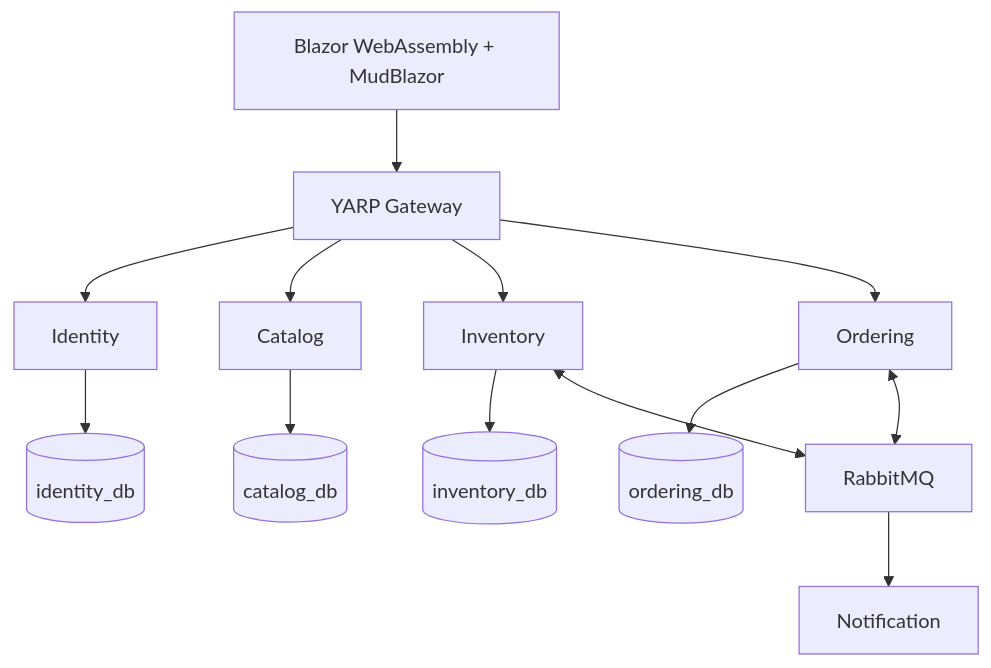
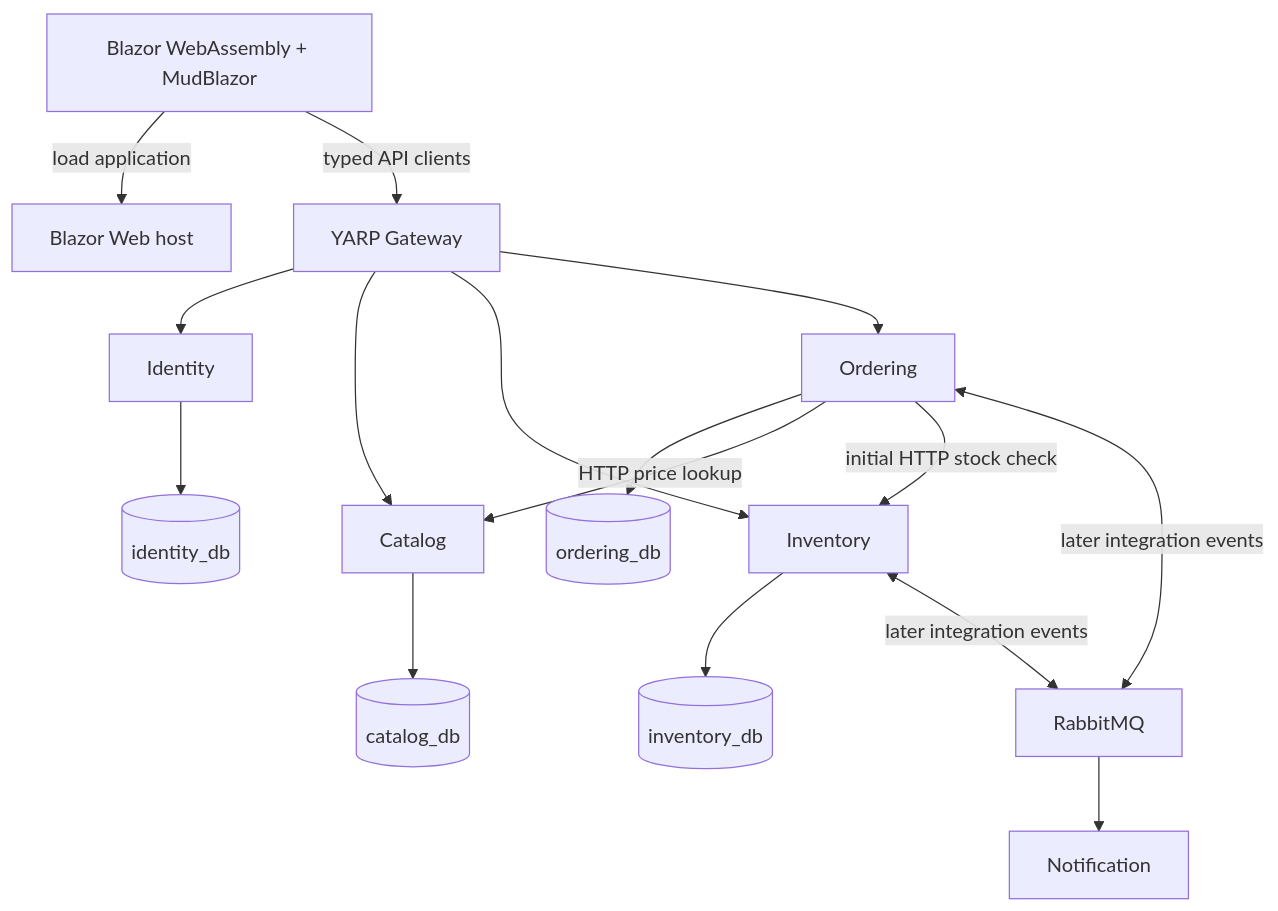
Before and after one commit to waqasahmad31/MicroShop: the diagram in README.md, drawn with Mermaid. The commit also changed other lines of this file and 88 other files, not shown here.

````diff
--- a/README.md
+++ b/README.md
@@ -6,15 +12,18 @@
 ```mermaid
 flowchart TD
-    Browser[Blazor WebAssembly + MudBlazor] --> Gateway[YARP Gateway]
+    Browser[Blazor WebAssembly + MudBlazor] -->|load application| Web[Blazor Web host]
+    Browser -->|typed API clients| Gateway[YARP Gateway]
     Gateway --> Identity
     Gateway --> Catalog
     Gateway --> Inventory
     Gateway --> Ordering
     Identity --> IDB[(identity_db)]
     Catalog --> CDB[(catalog_db)]
     Inventory --> VDB[(inventory_db)]
     Ordering --> ODB[(ordering_db)]
-    Ordering <--> RabbitMQ
-    Inventory <--> RabbitMQ
+    Ordering -->|HTTP price lookup| Catalog
+    Ordering -->|initial HTTP stock check| Inventory
+    Ordering <-->|later integration events| RabbitMQ
+    Inventory <-->|later integration events| RabbitMQ
     RabbitMQ --> Notification
 ```
````
